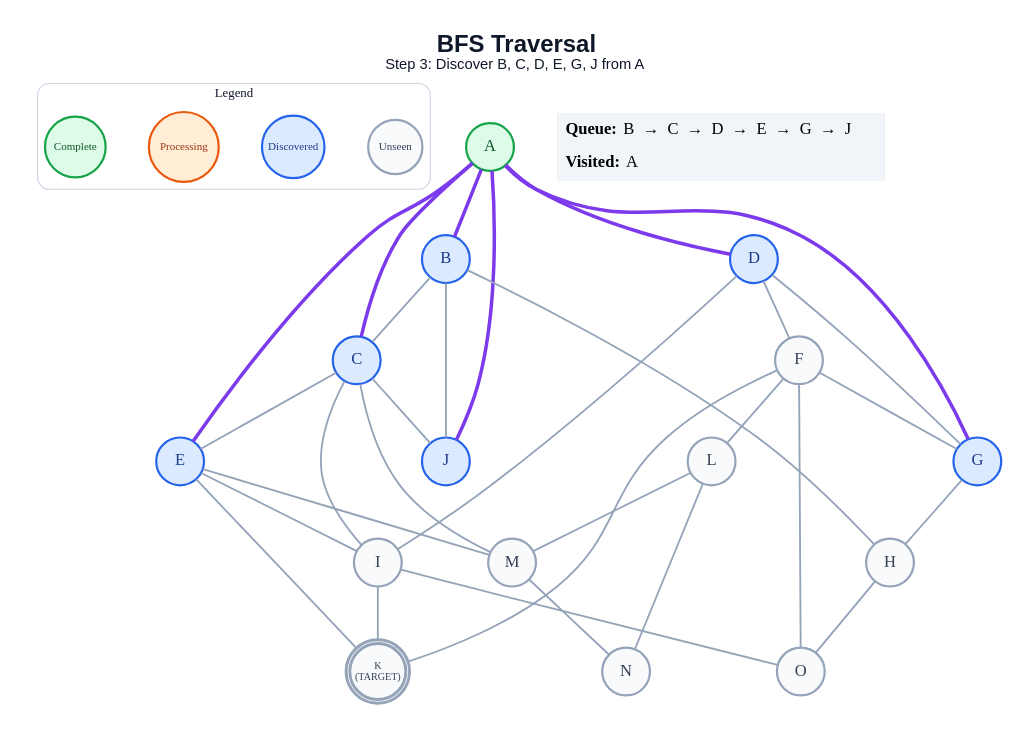
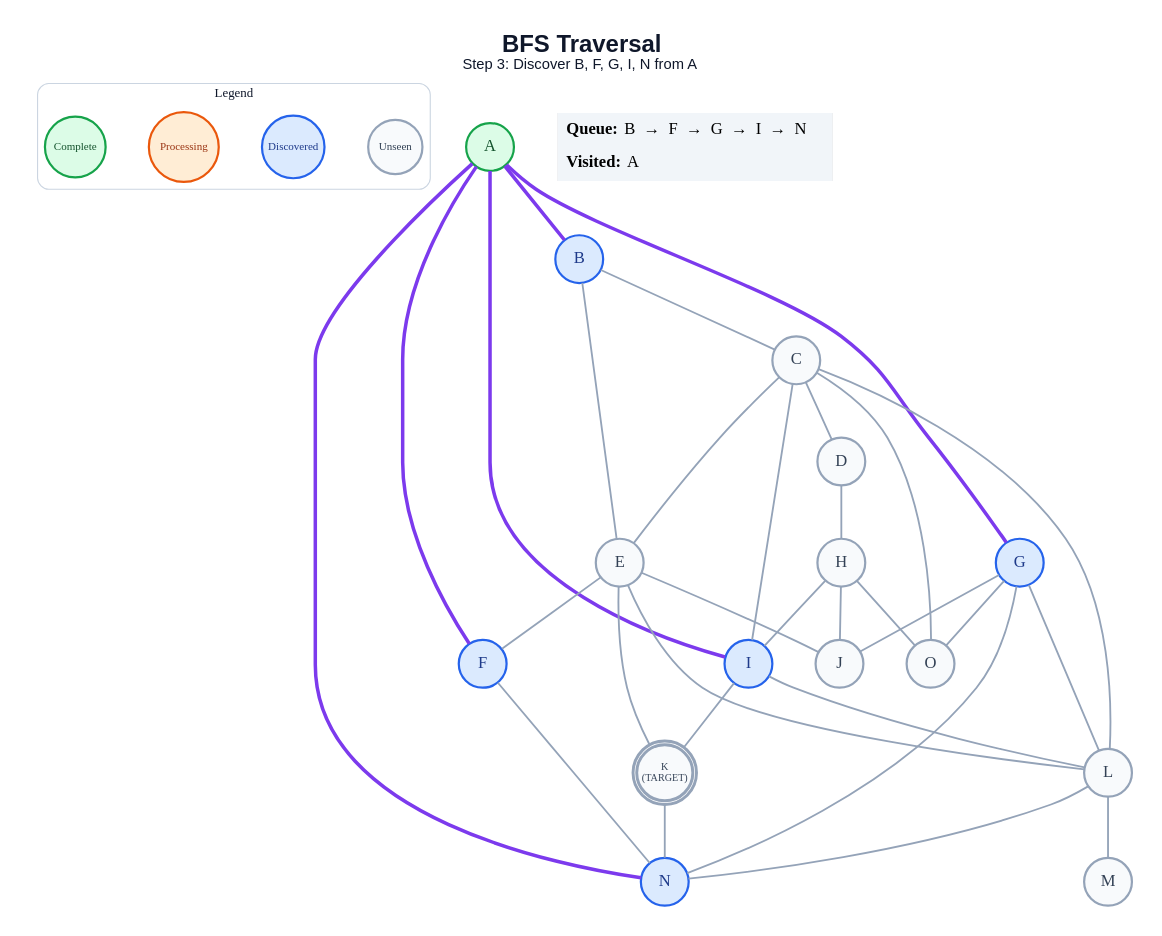
One commit to anon7238593-create/ai-slop changed the diagram in generated/short-circuit/bfs/step_03.dot. Above: the diagram before and after it, drawn with Graphviz. The commit also changed 291 other files, not shown here.

```diff
--- a/generated/short-circuit/bfs/step_03.dot
+++ b/generated/short-circuit/bfs/step_03.dot
@@ -1,64 +1,64 @@
 graph traversal {
   graph [layout=dot, rankdir=TB, bgcolor="#FFFFFF", pad="0.35", nodesep="0.65", ranksep="0.8", fontname="Arial"];
   node [shape=circle, style="filled", fontname="Arial Bold", fontsize=18, width=0.72, fixedsize=true, penwidth=2.4];
   edge [color="#94A3B8", penwidth=2.0];
-  label=<<B>BFS Traversal</B><BR/><FONT POINT-SIZE="16">Step 3: Discover B, C, D, E, G, J from A</FONT>>; labelloc="t"; fontsize=26; fontname="Arial"; fontcolor="#0F172A";
+  label=<<B>BFS Traversal</B><BR/><FONT POINT-SIZE="16">Step 3: Discover B, F, G, I, N from A</FONT>>; labelloc="t"; fontsize=26; fontname="Arial"; fontcolor="#0F172A";
   subgraph cluster_legend { label="Legend"; color="#CBD5E1"; penwidth=1.2; style="rounded"; fontsize=14; fontname="Arial Bold";
     key_unseen [label="Unseen", fillcolor="#F8FAFC", color="#94A3B8", fontcolor="#334155", fontsize=12, width=0.82];
     key_frontier [label="Discovered", fillcolor="#DBEAFE", color="#2563EB", fontcolor="#1E3A8A", fontsize=12, width=0.95];
     key_current [label="Processing", fillcolor="#FFEDD5", color="#EA580C", fontcolor="#9A3412", fontsize=12, width=1.05];
     key_done [label="Complete", fillcolor="#DCFCE7", color="#16A34A", fontcolor="#14532D", fontsize=12, width=0.92];
     { rank=same; key_unseen; key_frontier; key_current; key_done; }
   }
   A [label="A", fillcolor="#DCFCE7", color="#16A34A", fontcolor="#14532D", peripheries=1, penwidth=2.4];
   B [label="B", fillcolor="#DBEAFE", color="#2563EB", fontcolor="#1E3A8A", peripheries=1, penwidth=2.4];
-  C [label="C", fillcolor="#DBEAFE", color="#2563EB", fontcolor="#1E3A8A", peripheries=1, penwidth=2.4];
-  D [label="D", fillcolor="#DBEAFE", color="#2563EB", fontcolor="#1E3A8A", peripheries=1, penwidth=2.4];
-  E [label="E", fillcolor="#DBEAFE", color="#2563EB", fontcolor="#1E3A8A", peripheries=1, penwidth=2.4];
-  F [label="F", fillcolor="#F8FAFC", color="#94A3B8", fontcolor="#334155", peripheries=1, penwidth=2.4];
+  C [label="C", fillcolor="#F8FAFC", color="#94A3B8", fontcolor="#334155", peripheries=1, penwidth=2.4];
+  D [label="D", fillcolor="#F8FAFC", color="#94A3B8", fontcolor="#334155", peripheries=1, penwidth=2.4];
+  E [label="E", fillcolor="#F8FAFC", color="#94A3B8", fontcolor="#334155", peripheries=1, penwidth=2.4];
+  F [label="F", fillcolor="#DBEAFE", color="#2563EB", fontcolor="#1E3A8A", peripheries=1, penwidth=2.4];
   G [label="G", fillcolor="#DBEAFE", color="#2563EB", fontcolor="#1E3A8A", peripheries=1, penwidth=2.4];
   H [label="H", fillcolor="#F8FAFC", color="#94A3B8", fontcolor="#334155", peripheries=1, penwidth=2.4];
-  I [label="I", fillcolor="#F8FAFC", color="#94A3B8", fontcolor="#334155", peripheries=1, penwidth=2.4];
-  J [label="J", fillcolor="#DBEAFE", color="#2563EB", fontcolor="#1E3A8A", peripheries=1, penwidth=2.4];
+  I [label="I", fillcolor="#DBEAFE", color="#2563EB", fontcolor="#1E3A8A", peripheries=1, penwidth=2.4];
+  J [label="J", fillcolor="#F8FAFC", color="#94A3B8", fontcolor="#334155", peripheries=1, penwidth=2.4];
   K [label="K\n(TARGET)", fillcolor="#F8FAFC", color="#94A3B8", fontcolor="#334155", peripheries=2, penwidth=3.2, fontsize=11, width=0.85, height=0.85];
   L [label="L", fillcolor="#F8FAFC", color="#94A3B8", fontcolor="#334155", peripheries=1, penwidth=2.4];
   M [label="M", fillcolor="#F8FAFC", color="#94A3B8", fontcolor="#334155", peripheries=1, penwidth=2.4];
-  N [label="N", fillcolor="#F8FAFC", color="#94A3B8", fontcolor="#334155", peripheries=1, penwidth=2.4];
+  N [label="N", fillcolor="#DBEAFE", color="#2563EB", fontcolor="#1E3A8A", peripheries=1, penwidth=2.4];
   O [label="O", fillcolor="#F8FAFC", color="#94A3B8", fontcolor="#334155", peripheries=1, penwidth=2.4];
   A -- B [color="#7C3AED", penwidth=3.8];
-  A -- C [color="#7C3AED", penwidth=3.8];
-  A -- D [color="#7C3AED", penwidth=3.8];
-  A -- E [color="#7C3AED", penwidth=3.8];
+  A -- F [color="#7C3AED", penwidth=3.8];
   A -- G [color="#7C3AED", penwidth=3.8];
-  A -- J [color="#7C3AED", penwidth=3.8];
+  A -- I [color="#7C3AED", penwidth=3.8];
+  A -- N [color="#7C3AED", penwidth=3.8];
   B -- C;
-  B -- H;
-  B -- J;
+  B -- E;
+  C -- D;
   C -- E;
   C -- I;
-  C -- J;
-  C -- M;
-  D -- F;
-  D -- G;
-  D -- I;
-  E -- I;
+  C -- L;
+  C -- O;
+  D -- H;
+  E -- F;
+  E -- J;
   E -- K;
-  E -- M;
-  F -- G;
-  F -- K;
-  F -- L;
-  F -- O;
-  G -- H;
+  E -- L;
+  F -- N;
+  G -- J;
+  G -- L;
+  G -- N;
+  G -- O;
+  H -- I;
+  H -- J;
   H -- O;
   I -- K;
-  I -- O;
+  I -- L;
+  K -- N;
   L -- M;
   L -- N;
-  M -- N;
   status [shape=plain, fixedsize=false, width=0, height=0, margin=0, label=<
     <TABLE BORDER="0" CELLBORDER="0" CELLPADDING="7" BGCOLOR="#F1F5F9">
-      <TR><TD ALIGN="LEFT"><B>Queue:</B> B  →  C  →  D  →  E  →  G  →  J</TD></TR>
+      <TR><TD ALIGN="LEFT"><B>Queue:</B> B  →  F  →  G  →  I  →  N</TD></TR>
       <TR><TD ALIGN="LEFT"><B>Visited:</B> A</TD></TR>
     </TABLE>
   >];
 }
```
